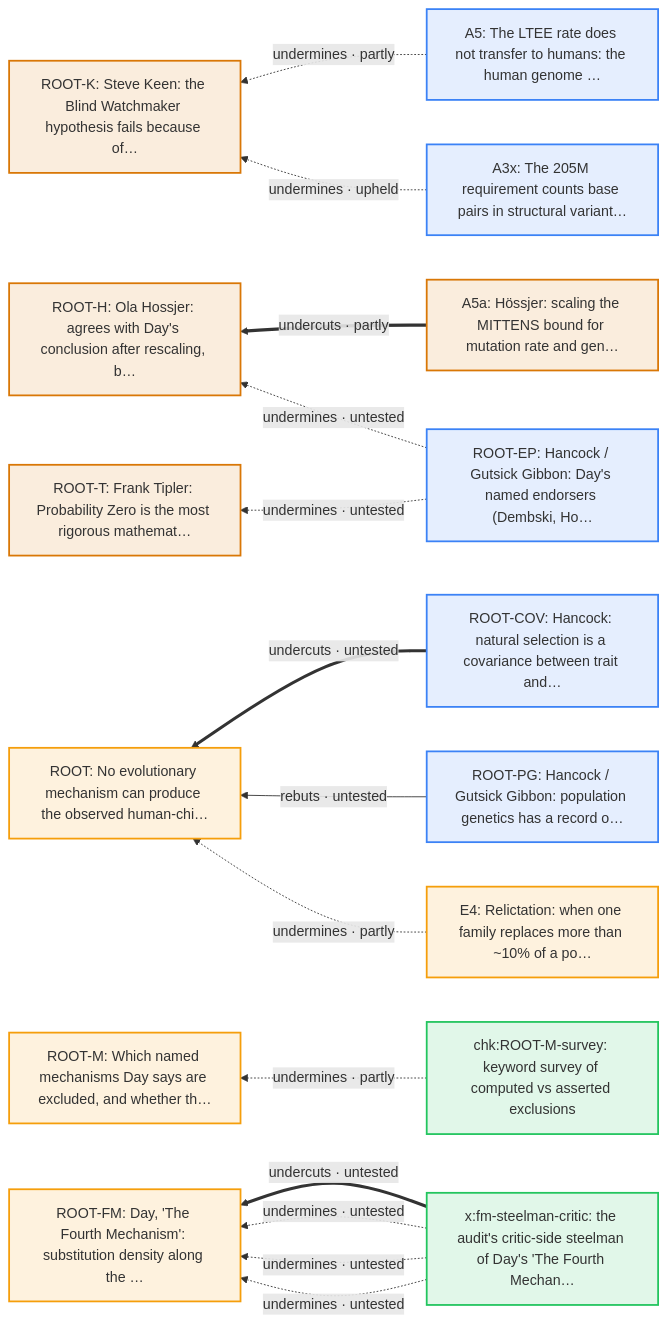
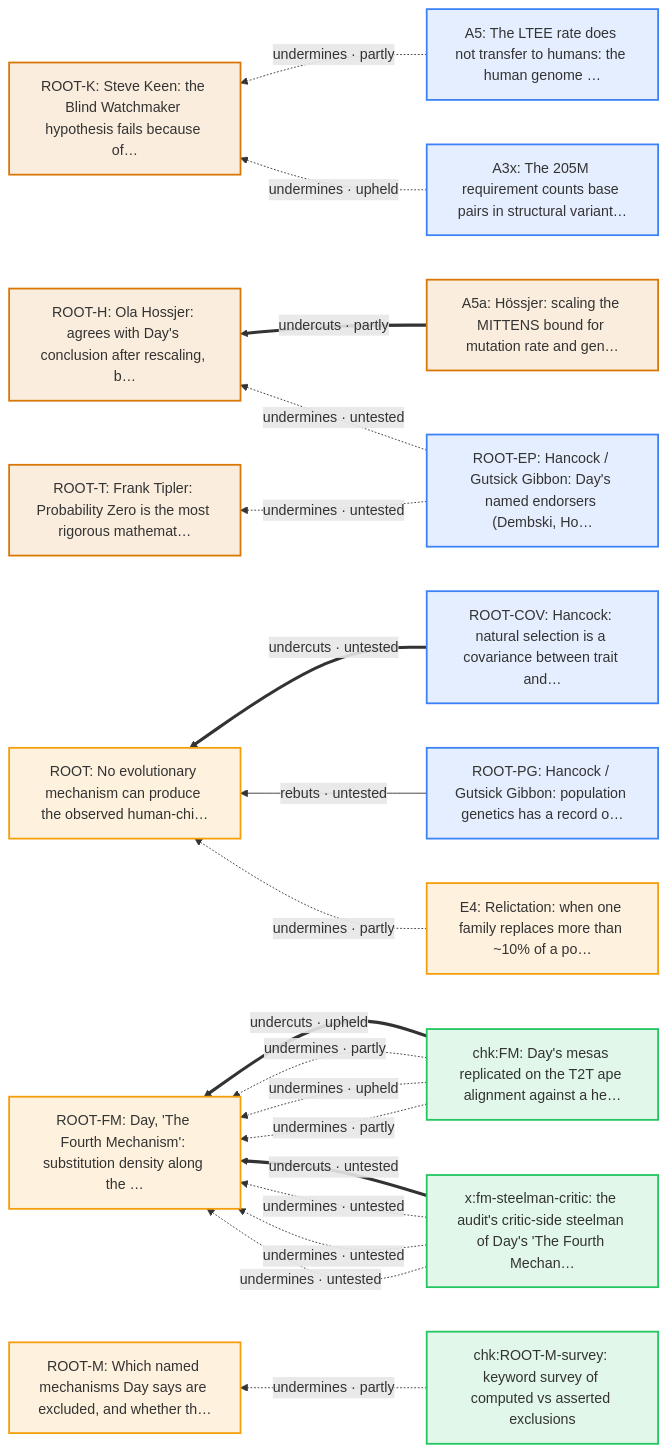
Before and after one commit to nickallevato/evo-sim: diagram 16 of 20 in docs/arguments/defeaters.md, drawn with Mermaid. The commit also changed other lines of this file and 25 other files, not shown here.

````diff
--- a/docs/arguments/defeaters.md
+++ b/docs/arguments/defeaters.md
@@ -835,36 +837,41 @@
 ```mermaid
 flowchart RL
   classDef day fill:#f59e0b22,stroke:#f59e0b,stroke-width:2px
   classDef ally fill:#d9770622,stroke:#d97706,stroke-width:2px
   classDef critic fill:#3b82f622,stroke:#3b82f6,stroke-width:2px
   classDef literature fill:#a3a3a322,stroke:#a3a3a3,stroke-width:2px
   classDef audit fill:#22c55e22,stroke:#22c55e,stroke-width:2px
   A3x["A3x: The 205M requirement counts base pairs in structural variant…"]:::critic
   A5["A5: The LTEE rate does not transfer to humans: the human genome …"]:::critic
   A5a["A5a: Hössjer: scaling the MITTENS bound for mutation rate and gen…"]:::ally
   E4["E4: Relictation: when one family replaces more than ~10% of a po…"]:::day
   ROOT["ROOT: No evolutionary mechanism can produce the observed human-chi…"]:::day
   ROOT_COV["ROOT-COV: Hancock: natural selection is a covariance between trait and…"]:::critic
   ROOT_EP["ROOT-EP: Hancock / Gutsick Gibbon: Day's named endorsers (Dembski, Ho…"]:::critic
   ROOT_FM["ROOT-FM: Day, 'The Fourth Mechanism': substitution density along the …"]:::day
   ROOT_H["ROOT-H: Ola Hossjer: agrees with Day's conclusion after rescaling, b…"]:::ally
   ROOT_K["ROOT-K: Steve Keen: the Blind Watchmaker hypothesis fails because of…"]:::ally
   ROOT_M["ROOT-M: Which named mechanisms Day says are excluded, and whether th…"]:::day
   ROOT_PG["ROOT-PG: Hancock / Gutsick Gibbon: population genetics has a record o…"]:::critic
   ROOT_T["ROOT-T: Frank Tipler: Probability Zero is the most rigorous mathemat…"]:::ally
+  chk_FM["chk:FM: Day's mesas replicated on the T2T ape alignment against a he…"]:::audit
   chk_ROOT_M_survey["chk:ROOT-M-survey: keyword survey of computed vs asserted exclusions"]:::audit
   x_fm_steelman_critic["x:fm-steelman-critic: the audit's critic-side steelman of Day's 'The Fourth Mechan…"]:::audit
   E4 -.->|"undermines · partly"| ROOT
   ROOT_PG -->|"rebuts · untested"| ROOT
   ROOT_COV ==>|"undercuts · untested"| ROOT
   x_fm_steelman_critic -.->|"undermines · untested"| ROOT_FM
   x_fm_steelman_critic -.->|"undermines · untested"| ROOT_FM
   x_fm_steelman_critic -.->|"undermines · untested"| ROOT_FM
   x_fm_steelman_critic ==>|"undercuts · untested"| ROOT_FM
+  chk_FM -.->|"undermines · partly"| ROOT_FM
+  chk_FM -.->|"undermines · upheld"| ROOT_FM
+  chk_FM -.->|"undermines · partly"| ROOT_FM
+  chk_FM ==>|"undercuts · upheld"| ROOT_FM
   ROOT_EP -.->|"undermines · untested"| ROOT_H
   A5a ==>|"undercuts · partly"| ROOT_H
   A3x -.->|"undermines · upheld"| ROOT_K
   A5 -.->|"undermines · partly"| ROOT_K
   chk_ROOT_M_survey -.->|"undermines · partly"| ROOT_M
   ROOT_EP -.->|"undermines · untested"| ROOT_T
 ```
````
